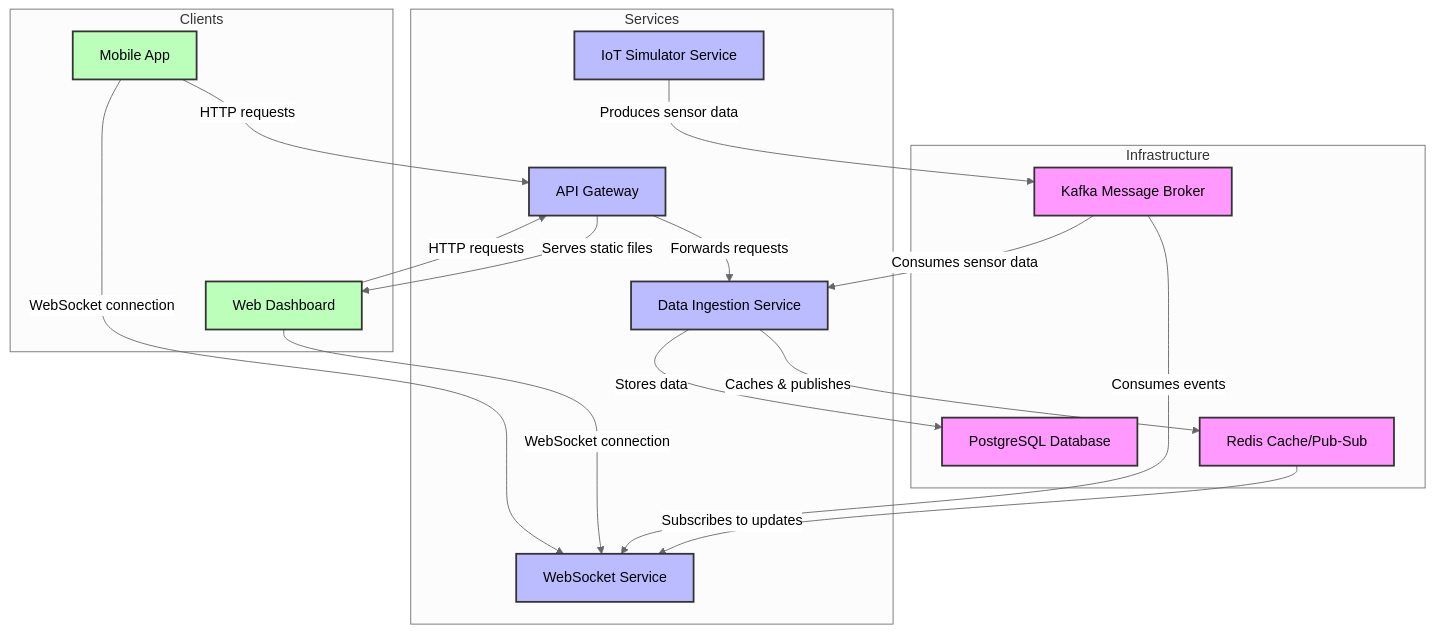
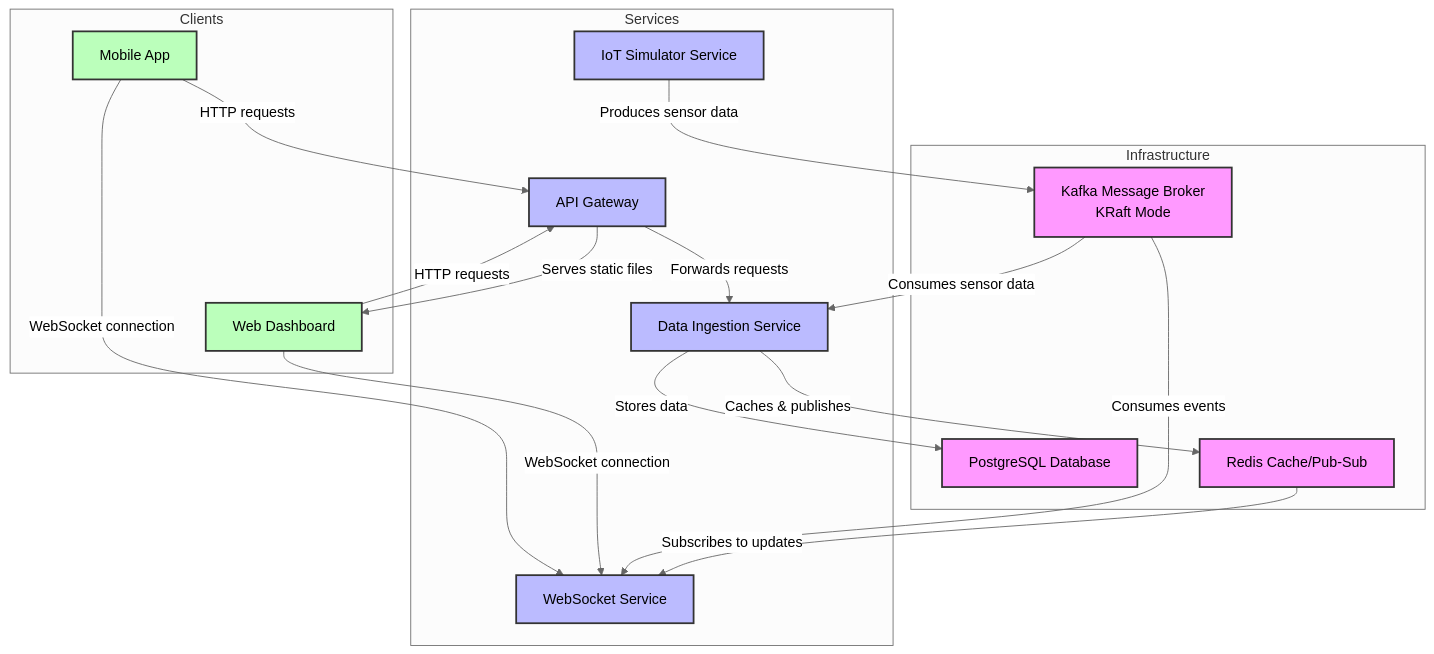
One commit to A1doranM/HowProgrammingWork changed the diagram in Microservices with Node and React/23. Interview Preparation/iot-monitoring-system/docs/architecture.md. Above: the diagram before and after it, drawn with Mermaid (neutral theme). The commit also changed other lines of this file and 4 other files, not shown here.

````diff
--- a/Microservices with Node and React/23. Interview Preparation/iot-monitoring-system/docs/architecture.md
+++ b/Microservices with Node and React/23. Interview Preparation/iot-monitoring-system/docs/architecture.md
@@ -7,51 +7,51 @@
 ```mermaid
 graph TD
     subgraph "Infrastructure"
-        Kafka[Kafka Message Broker]
+        Kafka[Kafka Message Broker<br/>KRaft Mode]
         PostgreSQL[PostgreSQL Database]
         Redis[Redis Cache/Pub-Sub]
     end
     
     subgraph "Services"
         Simulator[IoT Simulator Service]
         DataIngestion[Data Ingestion Service]
         ApiGateway[API Gateway]
         WebSocket[WebSocket Service]
     end
     
     subgraph "Clients"
         Dashboard[Web Dashboard]
         MobileApp[Mobile App]
     end
     
     %% Simulator connections
     Simulator -->|Produces sensor data| Kafka
     
     %% Data Ingestion connections
     Kafka -->|Consumes sensor data| DataIngestion
     DataIngestion -->|Stores data| PostgreSQL
     DataIngestion -->|Caches & publishes| Redis
     
     %% WebSocket connections
     Redis -->|Subscribes to updates| WebSocket
     Kafka -->|Consumes events| WebSocket
     
     %% API Gateway connections
     ApiGateway -->|Forwards requests| DataIngestion
     ApiGateway -->|Serves static files| Dashboard
     
     %% Client connections
     Dashboard -->|HTTP requests| ApiGateway
     Dashboard -->|WebSocket connection| WebSocket
     MobileApp -->|HTTP requests| ApiGateway
     MobileApp -->|WebSocket connection| WebSocket
     
     %% Styling
     classDef infrastructure fill:#f9f,stroke:#333,stroke-width:2px;
     classDef services fill:#bbf,stroke:#333,stroke-width:2px;
     classDef clients fill:#bfb,stroke:#333,stroke-width:2px;
     
     class Kafka,PostgreSQL,Redis infrastructure;
     class Simulator,DataIngestion,ApiGateway,WebSocket services;
     class Dashboard,MobileApp clients;
 ```
````
